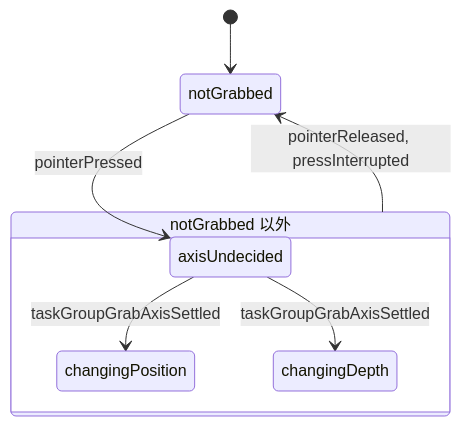
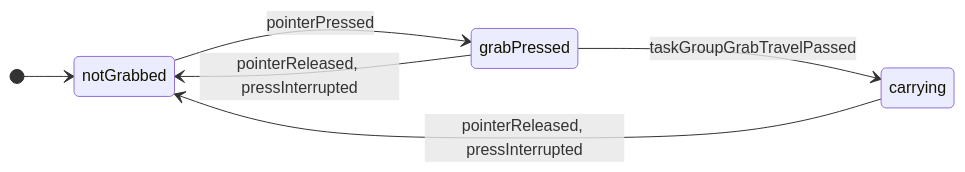
One commit to GoodRelax/gr-scheduler changed diagram 23 of 32 in docs/spec/_assets/tbl-state-machines.md. Above: the diagram before and after it, drawn with Mermaid. The commit also changed other lines of this file and 23 other files, not shown here.

First line of the commit message:
Apply the spec stage of CR-772: one drag sets a task group's gap and depth

````diff
--- a/docs/spec/_assets/tbl-state-machines.md
+++ b/docs/spec/_assets/tbl-state-machines.md
@@ -870,15 +870,12 @@
 ```mermaid
 stateDiagram-v2
-    direction TB
+    direction LR
     [*] --> taskGroupGrabStateMachine_notGrabbed
     taskGroupGrabStateMachine_notGrabbed : notGrabbed
-    state "notGrabbed 以外" as taskGroupGrabStateMachine_group {
-        taskGroupGrabStateMachine_axisUndecided : axisUndecided
-        taskGroupGrabStateMachine_changingPosition : changingPosition
-        taskGroupGrabStateMachine_changingDepth : changingDepth
-    }
-    taskGroupGrabStateMachine_group --> taskGroupGrabStateMachine_notGrabbed : pointerReleased, pressInterrupted
-    taskGroupGrabStateMachine_notGrabbed --> taskGroupGrabStateMachine_axisUndecided : pointerPressed
-    taskGroupGrabStateMachine_axisUndecided --> taskGroupGrabStateMachine_changingPosition : taskGroupGrabAxisSettled
-    taskGroupGrabStateMachine_axisUndecided --> taskGroupGrabStateMachine_changingDepth : taskGroupGrabAxisSettled
+    taskGroupGrabStateMachine_grabPressed : grabPressed
+    taskGroupGrabStateMachine_carrying : carrying
+    taskGroupGrabStateMachine_notGrabbed --> taskGroupGrabStateMachine_grabPressed : pointerPressed
+    taskGroupGrabStateMachine_grabPressed --> taskGroupGrabStateMachine_notGrabbed : pointerReleased, pressInterrupted
+    taskGroupGrabStateMachine_carrying --> taskGroupGrabStateMachine_notGrabbed : pointerReleased, pressInterrupted
+    taskGroupGrabStateMachine_grabPressed --> taskGroupGrabStateMachine_carrying : taskGroupGrabTravelPassed
 ```
````
